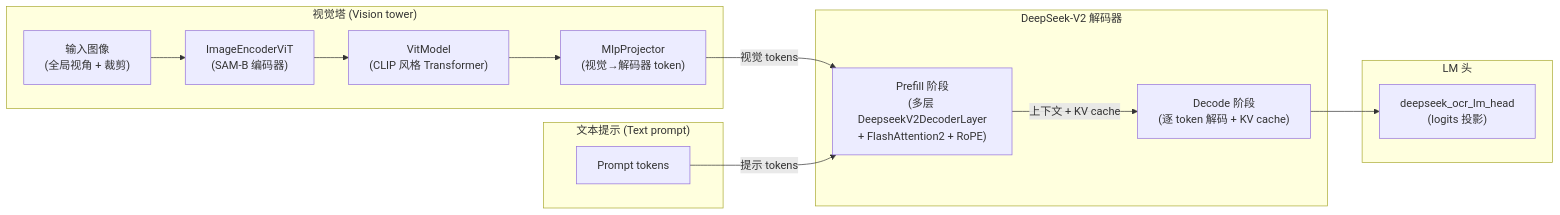
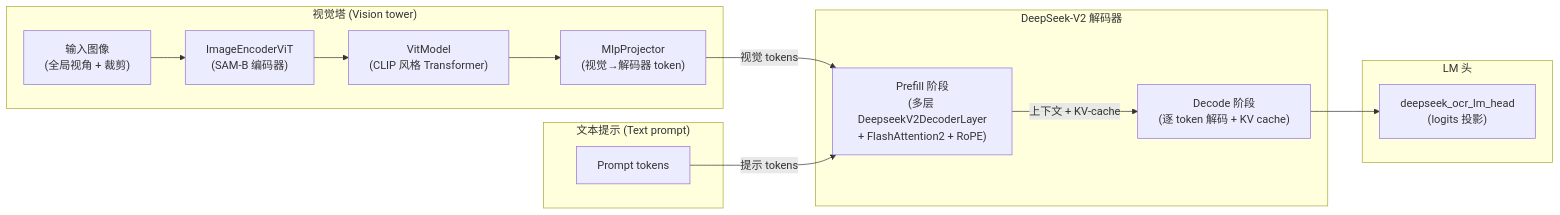
One commit to CodeGandee/llm-perf-opt changed the diagram in reports/deepseek-ocr-analytical-summary.cn.md. Above: the diagram before and after it, drawn with Mermaid. The commit also changed other lines of this file and 1 other file, not shown here.

````diff
--- a/reports/deepseek-ocr-analytical-summary.cn.md
+++ b/reports/deepseek-ocr-analytical-summary.cn.md
@@ -25,29 +25,29 @@
 ```mermaid
 flowchart LR
     subgraph Vision["视觉塔 (Vision tower)"]
         IMG["输入图像<br/>(全局视角 + 裁剪)"]
         SAM["ImageEncoderViT<br/>(SAM-B 编码器)"]
         CLIP["VitModel<br/>(CLIP 风格 Transformer)"]
         PROJ["MlpProjector<br/>(视觉→解码器 token)"]
 
         IMG --> SAM --> CLIP --> PROJ
     end
 
     subgraph Text["文本提示 (Text prompt)"]
         PROMPT["Prompt tokens"]
     end
 
     subgraph Decoder["DeepSeek-V2 解码器"]
         PREFILL["Prefill 阶段<br/>(多层 DeepseekV2DecoderLayer<br/>+ FlashAttention2 + RoPE)"]
         DECODE["Decode 阶段<br/>(逐 token 解码 + KV cache)"]
     end
 
     subgraph Head["LM 头"]
         LM["deepseek_ocr_lm_head<br/>(logits 投影)"]
     end
 
     PROJ -->|视觉 tokens| PREFILL
     PROMPT -->|提示 tokens| PREFILL
-    PREFILL -->|上下文 + KV cache| DECODE
+    PREFILL -->|上下文 + KV-cache| DECODE
     DECODE --> LM
 ```
````
